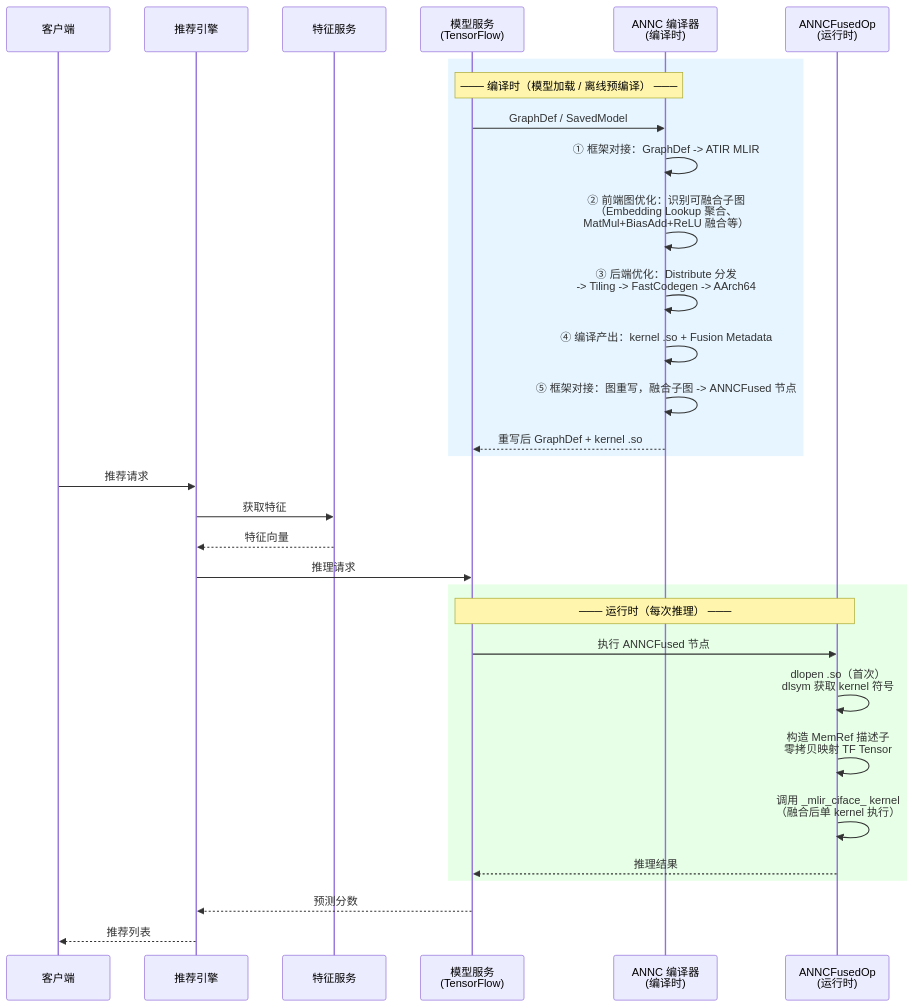
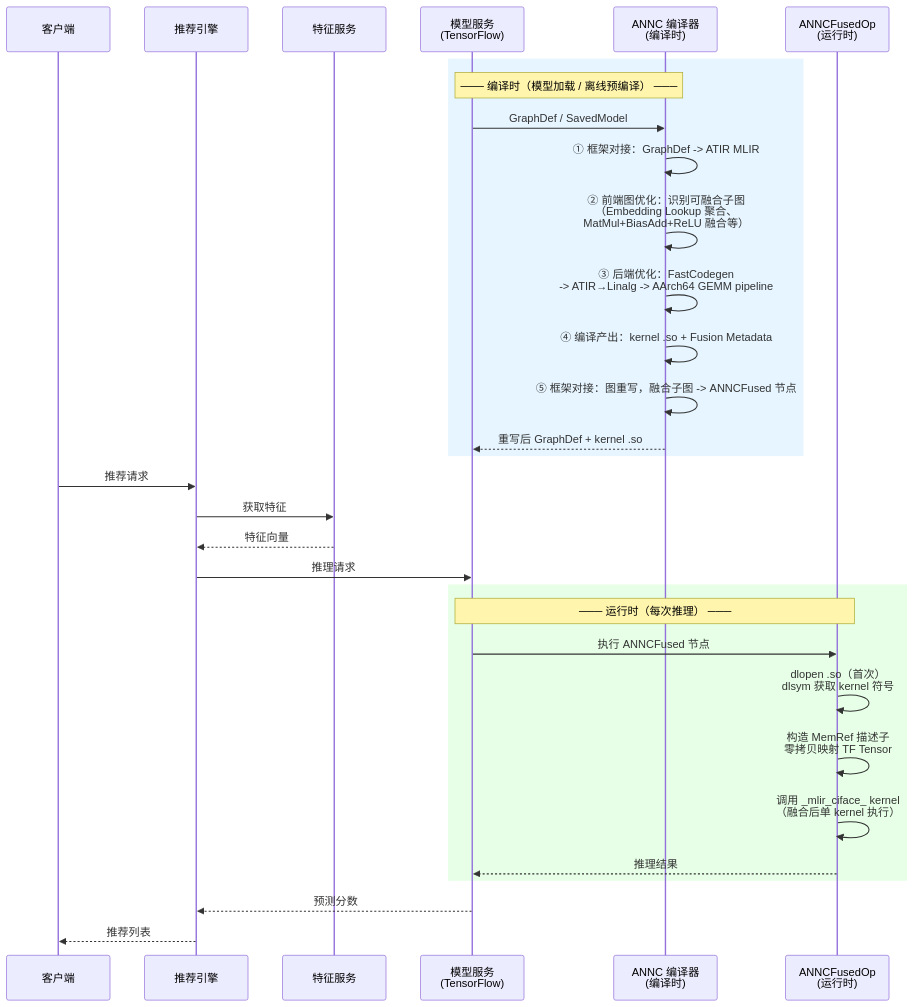
One commit to openeuler-mirror/ANNC changed the second of 7 diagrams in docs/annc-architecture-design.md. Above: the diagram before and after it, drawn with Mermaid. The commit also changed other lines of this file and 57 other files, not shown here.

````diff
--- a/docs/annc-architecture-design.md
+++ b/docs/annc-architecture-design.md
@@ -121,37 +121,37 @@
 ```mermaid
 sequenceDiagram
     participant Client as 客户端
     participant RecEngine as 推荐引擎
     participant FeatureSvc as 特征服务
     participant ModelServing as 模型服务<br/>(TensorFlow)
     participant ANNC as ANNC 编译器<br/>(编译时)
     participant FusedOp as ANNCFusedOp<br/>(运行时)
 
     rect rgb(230, 245, 255)
         Note over ModelServing,ANNC: ─── 编译时（模型加载 / 离线预编译） ───
         ModelServing->>ANNC: GraphDef / SavedModel
         ANNC->>ANNC: ① 框架对接：GraphDef -> ATIR MLIR
         ANNC->>ANNC: ② 前端图优化：识别可融合子图<br/>（Embedding Lookup 聚合、<br/>MatMul+BiasAdd+ReLU 融合等）
-        ANNC->>ANNC: ③ 后端优化：Distribute 分发<br/>-> Tiling -> FastCodegen -> AArch64
+        ANNC->>ANNC: ③ 后端优化：FastCodegen<br/>-> ATIR→Linalg -> AArch64 GEMM pipeline
         ANNC->>ANNC: ④ 编译产出：kernel .so + Fusion Metadata
         ANNC->>ANNC: ⑤ 框架对接：图重写，融合子图 -> ANNCFused 节点
         ANNC-->>ModelServing: 重写后 GraphDef + kernel .so
     end
 
     Client->>RecEngine: 推荐请求
     RecEngine->>FeatureSvc: 获取特征
     FeatureSvc-->>RecEngine: 特征向量
     RecEngine->>ModelServing: 推理请求
 
     rect rgb(230, 255, 230)
         Note over ModelServing,FusedOp: ─── 运行时（每次推理） ───
         ModelServing->>FusedOp: 执行 ANNCFused 节点
         FusedOp->>FusedOp: dlopen .so（首次）<br/>dlsym 获取 kernel 符号
         FusedOp->>FusedOp: 构造 MemRef 描述子<br/>零拷贝映射 TF Tensor
         FusedOp->>FusedOp: 调用 _mlir_ciface_ kernel<br/>（融合后单 kernel 执行）
         FusedOp-->>ModelServing: 推理结果
     end
 
     ModelServing-->>RecEngine: 预测分数
     RecEngine-->>Client: 推荐列表
 ```
````
